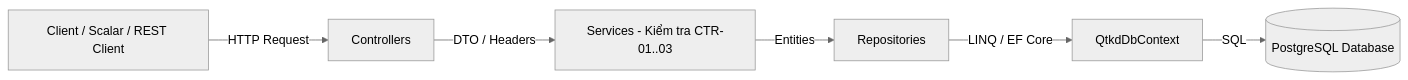
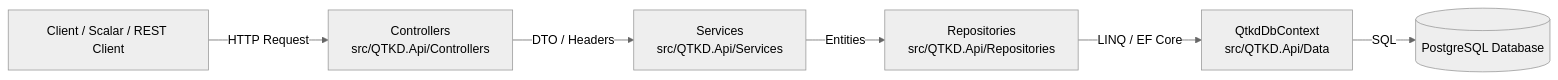
One commit to BrianNguyen2k5/23120295_QTKD changed the diagram in README.md. Above: the diagram before and after it, drawn with Mermaid (neutral theme). The commit also changed other lines of this file and 42 other files, not shown here.

Commit message:
refactor(structure): to chuc lai cau truc repository theo chuan src/, tests/, docs/ va README.md

````diff
--- a/README.md
+++ b/README.md
@@ -46,8 +37,8 @@
 ```mermaid
 graph LR
-    Client[Client / Scalar / REST Client] -->|HTTP Request| Controller[Controllers]
-    Controller -->|DTO / Headers| Service[Services - Kiểm tra CTR-01..03]
-    Service -->|Entities| Repository[Repositories]
-    Repository -->|LINQ / EF Core| DbContext[QtkdDbContext]
+    Client[Client / Scalar / REST Client] -->|HTTP Request| Controller[Controllers<br/>src/QTKD.Api/Controllers]
+    Controller -->|DTO / Headers| Service[Services<br/>src/QTKD.Api/Services]
+    Service -->|Entities| Repository[Repositories<br/>src/QTKD.Api/Repositories]
+    Repository -->|LINQ / EF Core| DbContext[QtkdDbContext<br/>src/QTKD.Api/Data]
     DbContext -->|SQL| DB[(PostgreSQL Database)]
 ```
````
